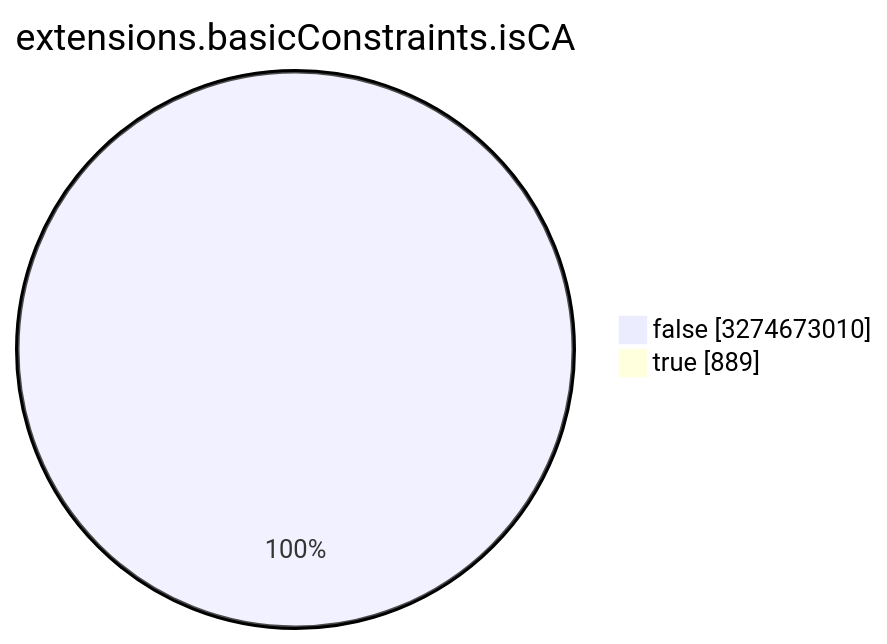
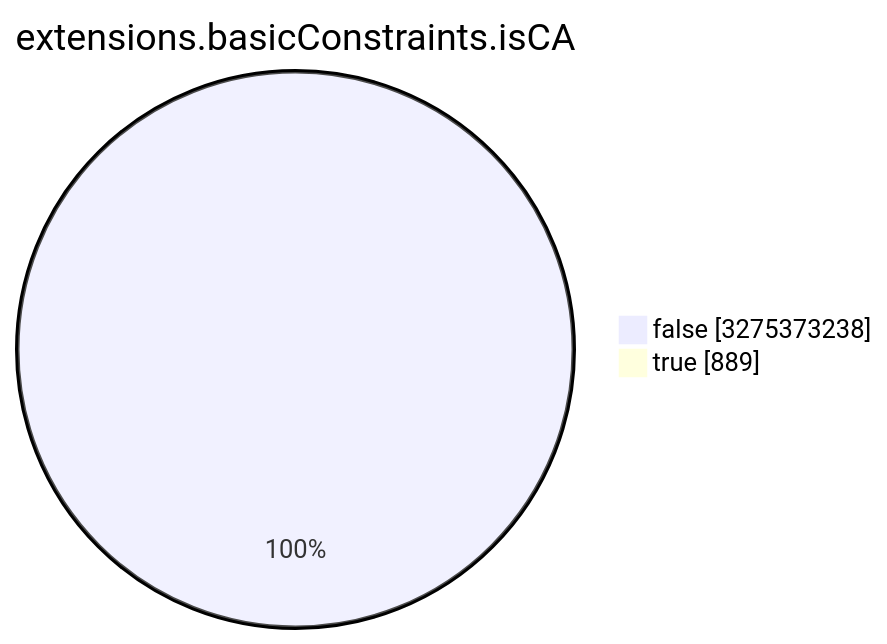
Before and after one commit to christiankrug/ctmonitor_visualization: the seventh of 15 diagrams in TOTAL/README.md, drawn with Mermaid. The commit also changed other lines of this file, not shown here.

````diff
--- a/TOTAL/README.md
+++ b/TOTAL/README.md
@@ -3089,6 +3089,6 @@
 ```mermaid
 pie showData
 title extensions.basicConstraints.isCA
-"false" :3274673010
+"false" :3275373238
 "true" :889
 ```
````
